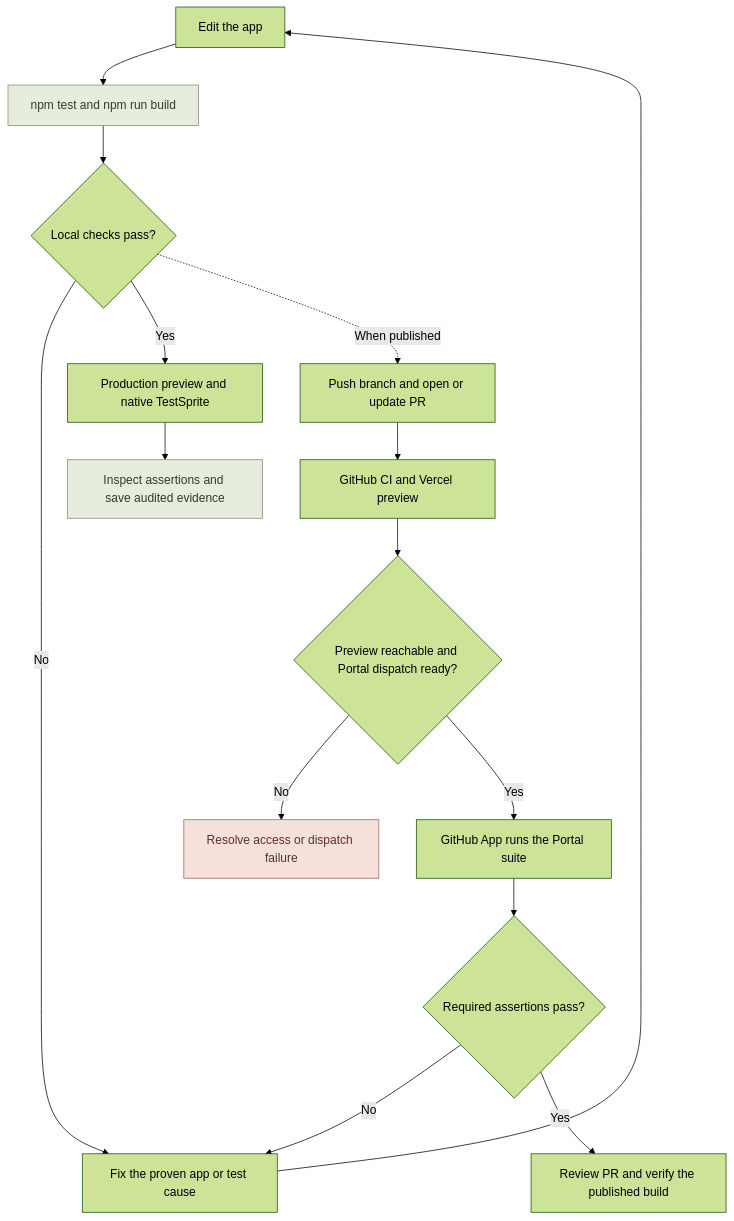
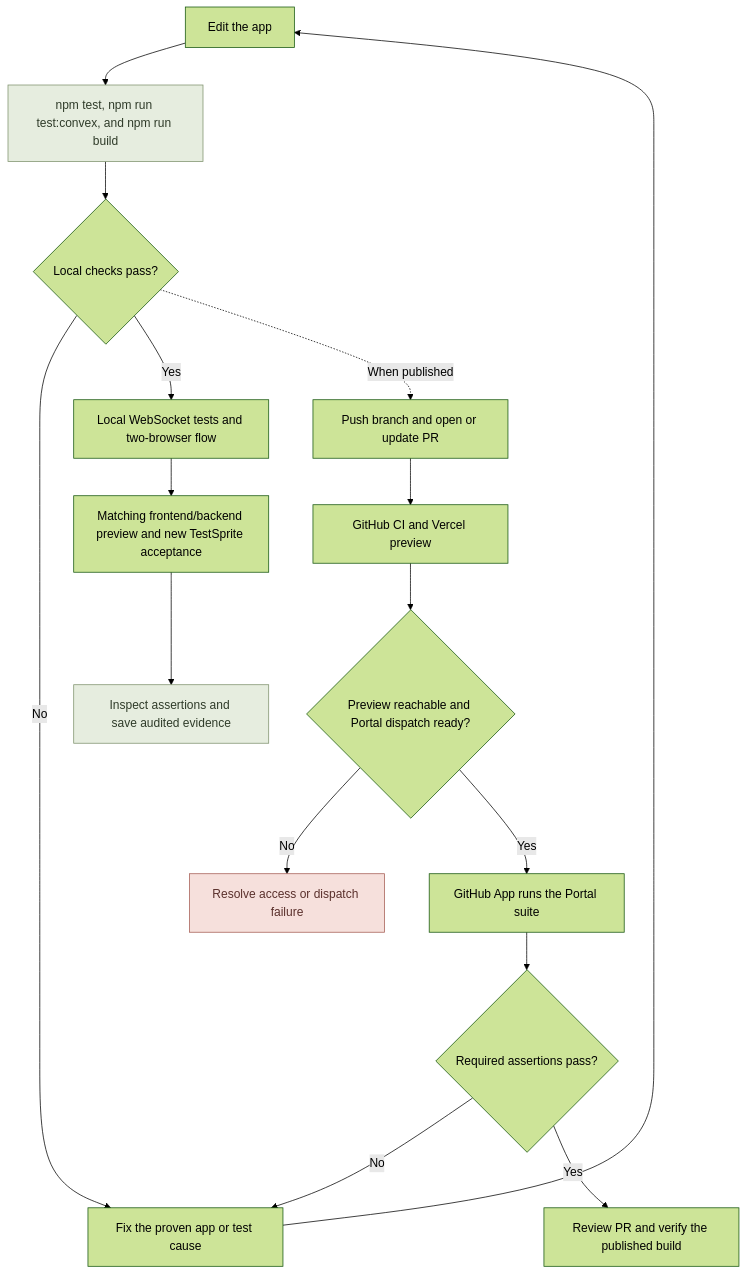
The fourth of 4 diagrams in README.md (Davidson3556/Paperwild), drawn with Mermaid (forest theme) before and after one commit. The commit also changed other lines of this file and 34 other files, not shown here.

Commit message:
Add Convex friend rooms with authoritative live chess

````diff
--- a/README.md
+++ b/README.md
@@ -219,22 +285,23 @@
 ```mermaid
 flowchart TD
-    changes["Edit the app"] --> localChecks["npm test and npm run build"]
+    changes["Edit the app"] --> localChecks["npm test, npm run test:convex, and npm run build"]
     localChecks --> localPass{"Local checks pass?"}
     localPass -->|"No"| correction["Fix the proven app or test cause"]
     correction --> changes
-    localPass -->|"Yes"| native["Production preview and native TestSprite"]
+    localPass -->|"Yes"| live["Local WebSocket tests and two-browser flow"]
+    live --> native["Matching frontend/backend preview and new TestSprite acceptance"]
     native --> audit["Inspect assertions and save audited evidence"]
     localPass -.->|"When published"| pullRequest["Push branch and open or update PR"]
     pullRequest --> hosting["GitHub CI and Vercel preview"]
     hosting --> portalReady{"Preview reachable and Portal dispatch ready?"}
     portalReady -->|"No"| blocked["Resolve access or dispatch failure"]
     portalReady -->|"Yes"| portal["GitHub App runs the Portal suite"]
     portal --> acceptance{"Required assertions pass?"}
     acceptance -->|"No"| correction
     acceptance -->|"Yes"| release["Review PR and verify the published build"]
 
     classDef checked fill:#e6eddf,stroke:#7e916c,color:#2f3b29
     classDef attention fill:#f6e0dc,stroke:#a55c53,color:#5a302c
     class localChecks,audit checked
     class blocked attention
 ```
````
